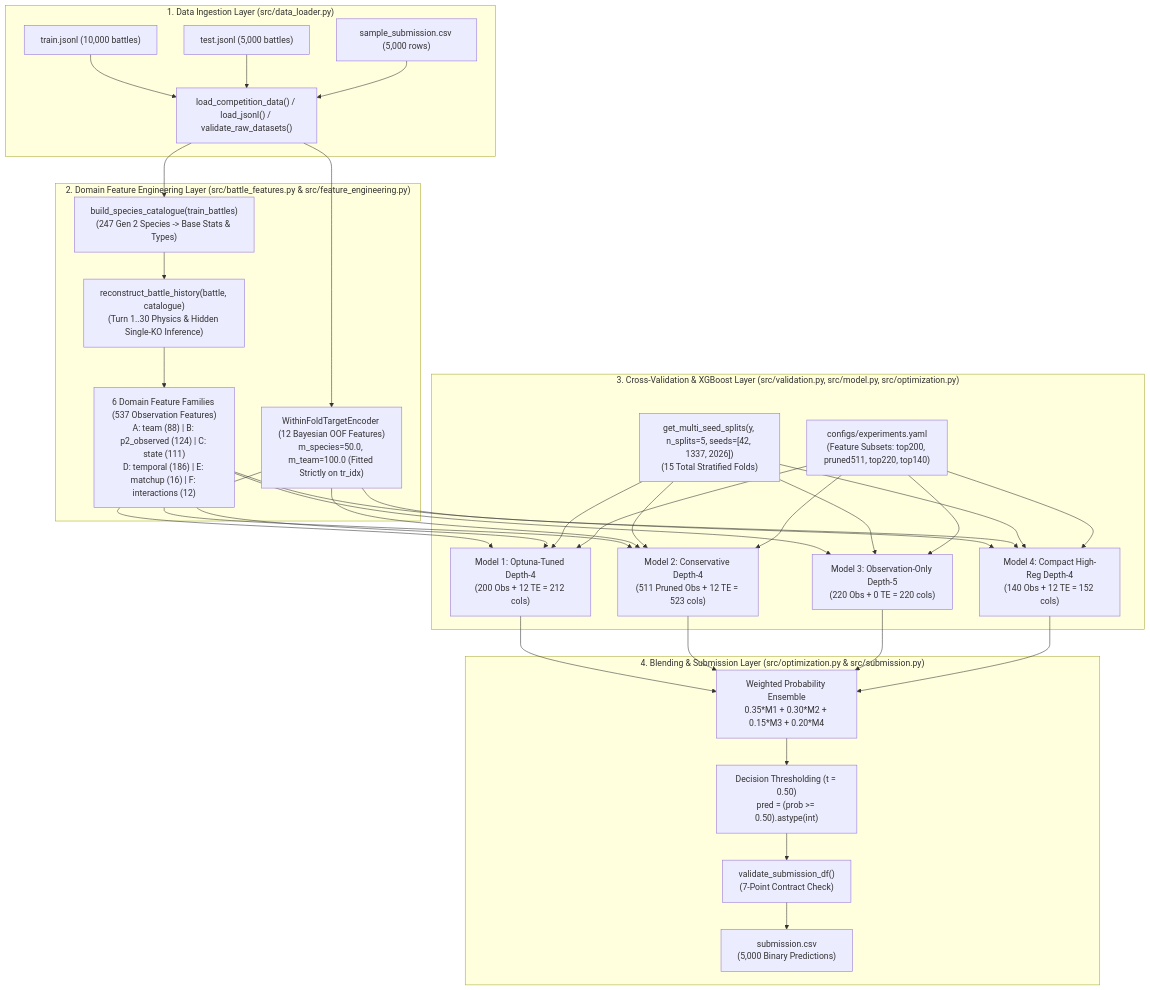
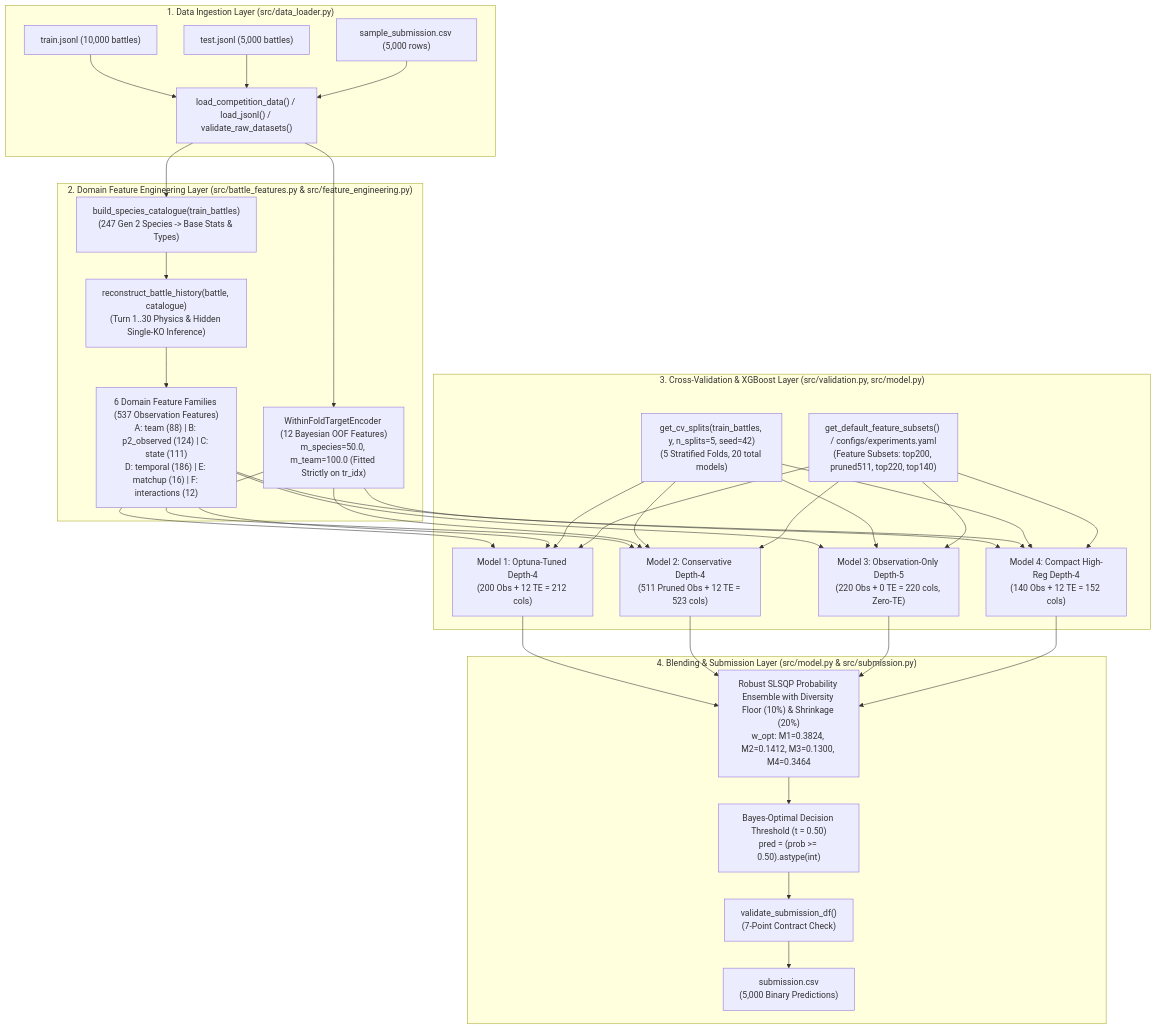
One commit to danielegabriele17-rgb/predictive-spikes changed the diagram in docs/COMPREHENSIVE_TECHNICAL_AUDIT.md. Above: the diagram before and after it, drawn with Mermaid. The commit also changed other lines of this file, not shown here.

````diff
--- a/docs/COMPREHENSIVE_TECHNICAL_AUDIT.md
+++ b/docs/COMPREHENSIVE_TECHNICAL_AUDIT.md
@@ -187,45 +178,45 @@
 ```mermaid
 flowchart TD
     subgraph DataLayer["1. Data Ingestion Layer (src/data_loader.py)"]
         RAW_TR["train.jsonl (10,000 battles)"]
         RAW_TE["test.jsonl (5,000 battles)"]
         RAW_SUB["sample_submission.csv (5,000 rows)"]
         DL["load_competition_data() / load_jsonl() / validate_raw_datasets()"]
         RAW_TR --> DL
         RAW_TE --> DL
         RAW_SUB --> DL
     end
 
     subgraph FeatureLayer["2. Domain Feature Engineering Layer (src/battle_features.py & src/feature_engineering.py)"]
         CAT["build_species_catalogue(train_battles)\n(247 Gen 2 Species -> Base Stats & Types)"]
         HIST["reconstruct_battle_history(battle, catalogue)\n(Turn 1..30 Physics & Hidden Single-KO Inference)"]
         FAM["6 Domain Feature Families (537 Observation Features)\nA: team (88) | B: p2_observed (124) | C: state (111)\nD: temporal (186) | E: matchup (16) | F: interactions (12)"]
         TE["WithinFoldTargetEncoder (12 Bayesian OOF Features)\nm_species=50.0, m_team=100.0 (Fitted Strictly on tr_idx)"]
         DL --> CAT
         CAT --> HIST
         HIST --> FAM
         DL --> TE
     end
 
-    subgraph ValidationModelLayer["3. Cross-Validation & XGBoost Layer (src/validation.py, src/model.py, src/optimization.py)"]
-        SPLITS["get_multi_seed_splits(y, n_splits=5, seeds=[42, 1337, 2026])\n(15 Total Stratified Folds)"]
-        CFG["configs/experiments.yaml\n(Feature Subsets: top200, pruned511, top220, top140)"]
+    subgraph ValidationModelLayer["3. Cross-Validation & XGBoost Layer (src/validation.py, src/model.py)"]
+        SPLITS["get_cv_splits(train_battles, y, n_splits=5, seed=42)\n(5 Stratified Folds, 20 total models)"]
+        CFG["get_default_feature_subsets() / configs/experiments.yaml\n(Feature Subsets: top200, pruned511, top220, top140)"]
         M1["Model 1: Optuna-Tuned Depth-4\n(200 Obs + 12 TE = 212 cols)"]
         M2["Model 2: Conservative Depth-4\n(511 Pruned Obs + 12 TE = 523 cols)"]
-        M3["Model 3: Observation-Only Depth-5\n(220 Obs + 0 TE = 220 cols)"]
+        M3["Model 3: Observation-Only Depth-5\n(220 Obs + 0 TE = 220 cols, Zero-TE)"]
         M4["Model 4: Compact High-Reg Depth-4\n(140 Obs + 12 TE = 152 cols)"]
         FAM --> M1 & M2 & M3 & M4
         TE --> M1 & M2 & M4
         SPLITS --> M1 & M2 & M3 & M4
         CFG --> M1 & M2 & M3 & M4
     end
 
-    subgraph EnsembleSubmissionLayer["4. Blending & Submission Layer (src/optimization.py & src/submission.py)"]
-        BLEND["Weighted Probability Ensemble\n0.35*M1 + 0.30*M2 + 0.15*M3 + 0.20*M4"]
-        THRESH["Decision Thresholding (t = 0.50)\npred = (prob >= 0.50).astype(int)"]
+    subgraph EnsembleSubmissionLayer["4. Blending & Submission Layer (src/model.py & src/submission.py)"]
+        BLEND["Robust SLSQP Probability Ensemble with Diversity Floor (10%) & Shrinkage (20%)\nw_opt: M1=0.3824, M2=0.1412, M3=0.1300, M4=0.3464"]
+        THRESH["Bayes-Optimal Decision Threshold (t = 0.50)\npred = (prob >= 0.50).astype(int)"]
         VAL_SUB["validate_submission_df()\n(7-Point Contract Check)"]
         CSV["submission.csv\n(5,000 Binary Predictions)"]
         M1 & M2 & M3 & M4 --> BLEND
         BLEND --> THRESH --> VAL_SUB --> CSV
     end
 ```
````
